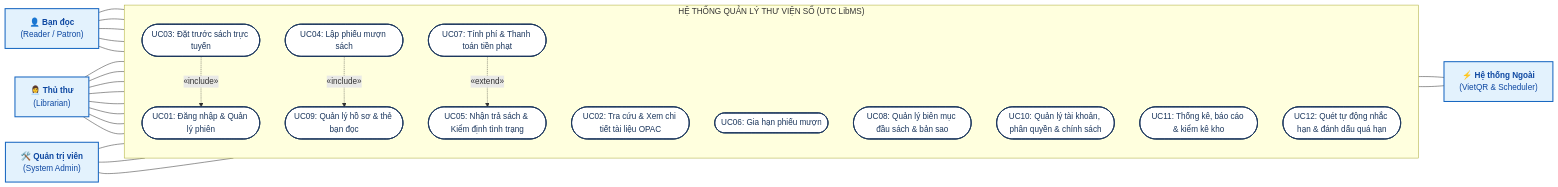
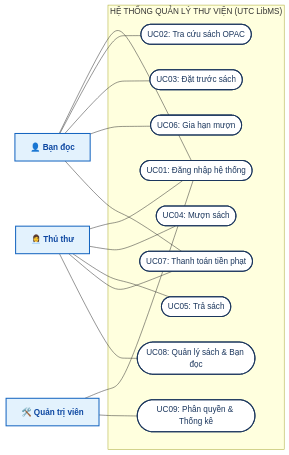
One commit to minhducctchv/utc-oop changed the diagram in resource/mermaid-code/03_usecase_overview.mmd. Above: the diagram before and after it, drawn with Mermaid. The commit also changed 102 other files, not shown here.

```diff
--- a/resource/mermaid-code/03_usecase_overview.mmd
+++ b/resource/mermaid-code/03_usecase_overview.mmd
@@ -1,52 +1,25 @@
 flowchart LR
-    Reader["👤 <b>Bạn đọc</b><br/>(Reader / Patron)"]
-    Librarian["👩‍💼 <b>Thủ thư</b><br/>(Librarian)"]
-    Admin["🛠️ <b>Quản trị viên</b><br/>(System Admin)"]
-    ExtSys["⚡ <b>Hệ thống Ngoài</b><br/>(VietQR & Scheduler)"]
+    Reader["👤 <b>Bạn đọc</b>"]
+    Librarian["👩‍💼 <b>Thủ thư</b>"]
+    Admin["🛠️ <b>Quản trị viên</b>"]
 
-    subgraph Boundary["HỆ THỐNG QUẢN LÝ THƯ VIỆN SỐ (UTC LibMS)"]
-        direction TB
-        UC01(["UC01: Đăng nhập & Quản lý phiên"])
-        UC02(["UC02: Tra cứu & Xem chi tiết tài liệu OPAC"])
-        UC03(["UC03: Đặt trước sách trực tuyến"])
-        UC04(["UC04: Lập phiếu mượn sách"])
-        UC05(["UC05: Nhận trả sách & Kiểm định tình trạng"])
-        UC06(["UC06: Gia hạn phiếu mượn"])
-        UC07(["UC07: Tính phí & Thanh toán tiền phạt"])
-        UC08(["UC08: Quản lý biên mục đầu sách & bản sao"])
-        UC09(["UC09: Quản lý hồ sơ & thẻ bạn đọc"])
-        UC10(["UC10: Quản lý tài khoản, phân quyền & chính sách"])
-        UC11(["UC11: Thống kê, báo cáo & kiểm kê kho"])
-        UC12(["UC12: Quét tự động nhắc hạn & đánh dấu quá hạn"])
+    subgraph System["HỆ THỐNG QUẢN LÝ THƯ VIỆN (UTC LibMS)"]
+        UC1(["UC01: Đăng nhập hệ thống"])
+        UC2(["UC02: Tra cứu sách OPAC"])
+        UC3(["UC03: Đặt trước sách"])
+        UC4(["UC04: Mượn sách"])
+        UC5(["UC05: Trả sách"])
+        UC6(["UC06: Gia hạn mượn"])
+        UC7(["UC07: Thanh toán tiền phạt"])
+        UC8(["UC08: Quản lý sách & Bạn đọc"])
+        UC9(["UC09: Phân quyền & Thống kê"])
     end
 
-    Reader --- UC01
-    Reader --- UC02
-    Reader --- UC03
-    Reader --- UC06
-    Reader --- UC07
-
-    Librarian --- UC01
-    Librarian --- UC02
-    Librarian --- UC04
-    Librarian --- UC05
-    Librarian --- UC07
-    Librarian --- UC08
-    Librarian --- UC09
-    Librarian --- UC11
-
-    Admin --- UC01
-    Admin --- UC10
-    Admin --- UC11
-
-    UC07 --- ExtSys
-    UC12 --- ExtSys
-
-    UC03 -. "«include»" .-> UC01
-    UC04 -. "«include»" .-> UC09
-    UC07 -. "«extend»" .-> UC05
+    Reader --- UC1 & UC2 & UC3 & UC6 & UC7
+    Librarian --- UC1 & UC4 & UC5 & UC7 & UC8
+    Admin --- UC1 & UC9
 
     classDef actor fill:#E3F2FD,stroke:#1565C0,stroke-width:2px,color:#0D47A1
-    classDef uc fill:#FFFFFF,stroke:#1B365D,stroke-width:1.8px,color:#1B365D
-    class Reader,Librarian,Admin,ExtSys actor
-    class UC01,UC02,UC03,UC04,UC05,UC06,UC07,UC08,UC09,UC10,UC11,UC12 uc
+    classDef uc fill:#FFFFFF,stroke:#1B365D,stroke-width:2px,color:#1B365D
+    class Reader,Librarian,Admin actor
+    class UC1,UC2,UC3,UC4,UC5,UC6,UC7,UC8,UC9 uc
```
